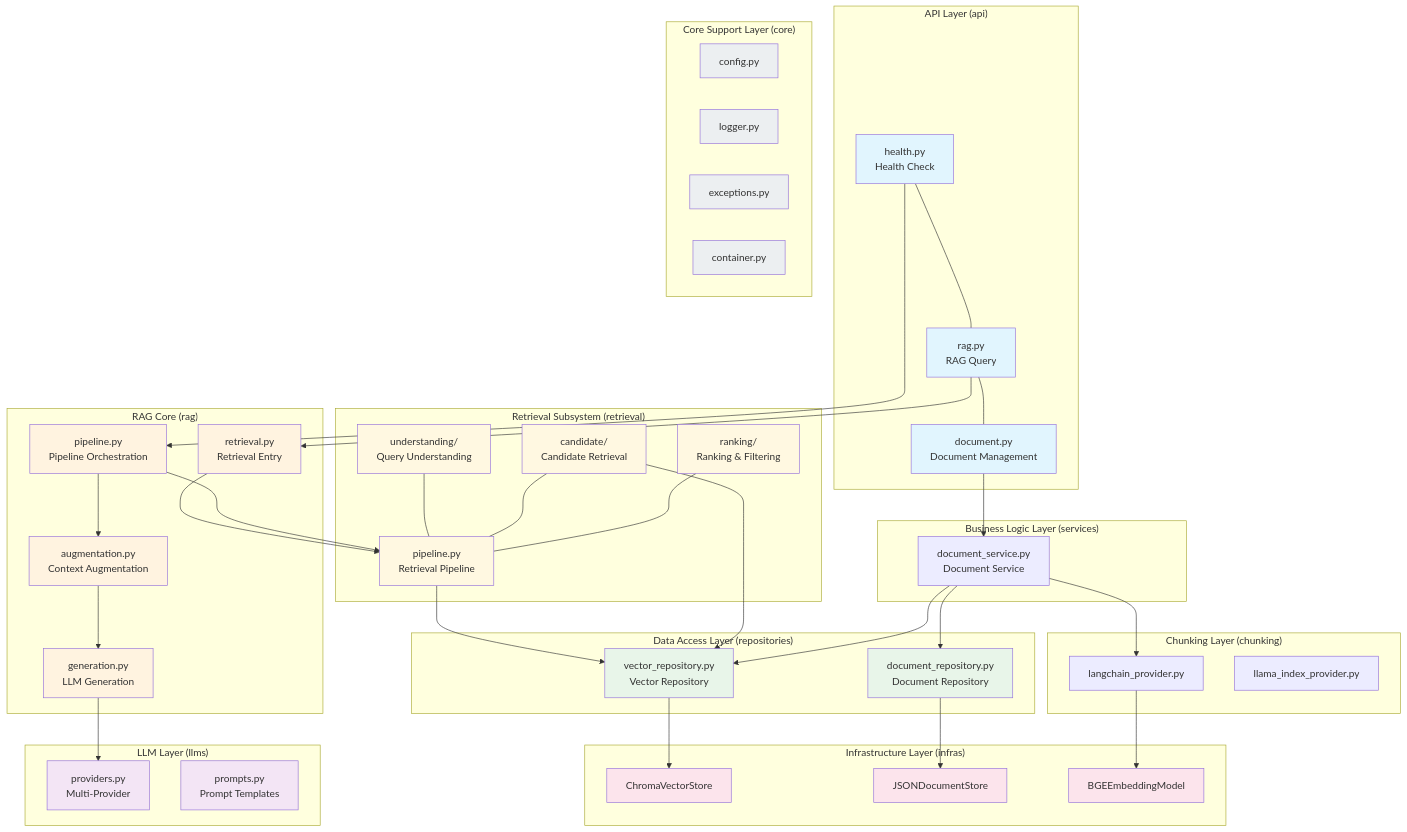
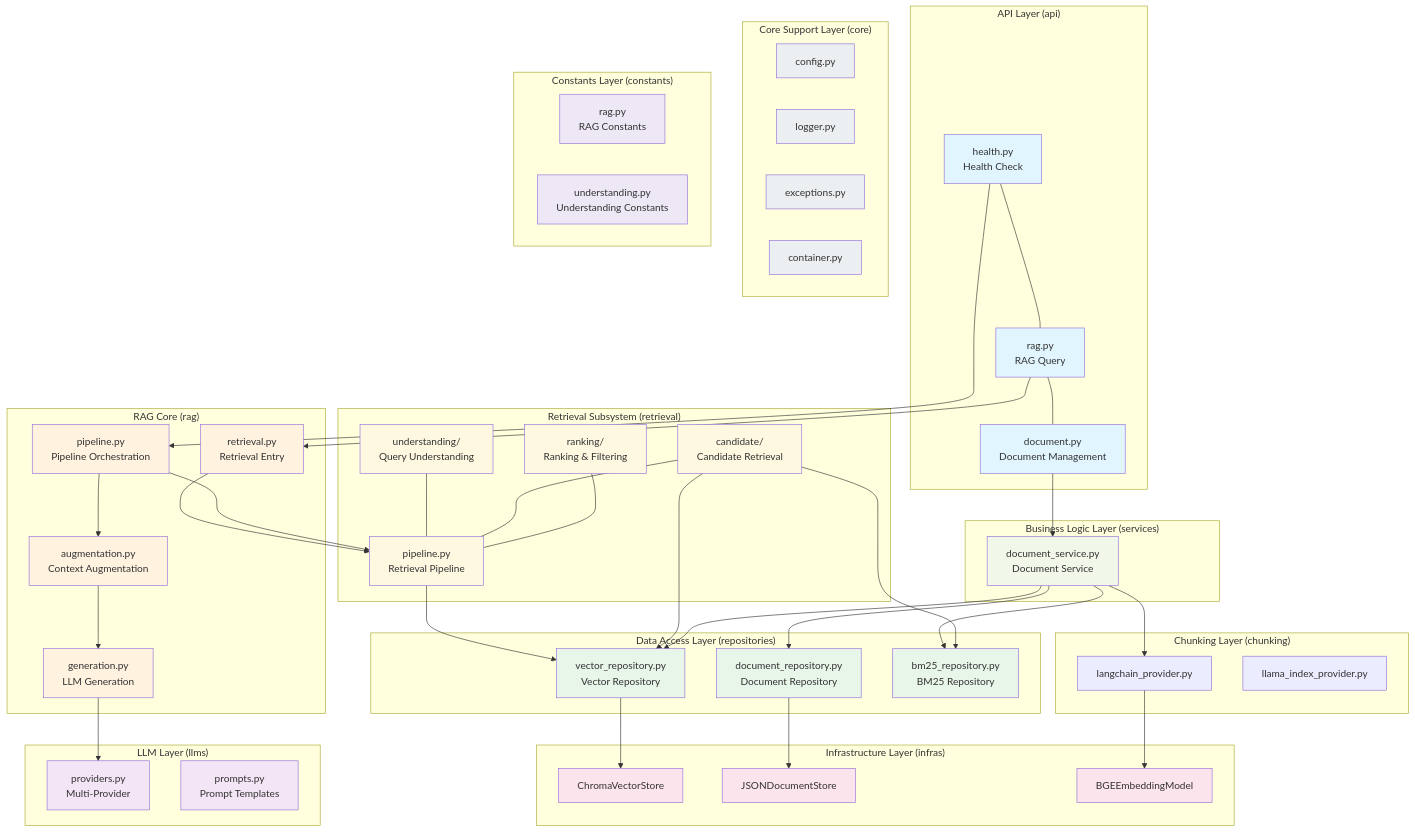
One commit to chain-engine/x-rag changed the first of 3 diagrams in README.en.md. Above: the diagram before and after it, drawn with Mermaid. The commit also changed other lines of this file and 1 other file, not shown here.

````diff
--- a/README.en.md
+++ b/README.en.md
@@ -198,6 +202,7 @@
     subgraph "Data Access Layer (repositories)"
         REP1["vector_repository.py<br/>Vector Repository"]
         REP2["document_repository.py<br/>Document Repository"]
+        REP3["bm25_repository.py<br/>BM25 Repository"]
     end
 
     subgraph "Infrastructure Layer (infras)"
@@ -223,6 +228,11 @@
         C4["container.py"]
     end
 
+    subgraph "Constants Layer (constants)"
+        CON1["rag.py<br/>RAG Constants"]
+        CON2["understanding.py<br/>Understanding Constants"]
+    end
+
     A1 --> RAG1
     A2 --> RAG2
     A3 --> SVC1
@@ -237,11 +247,13 @@
     RET3 --> REP1
     SVC1 --> REP1
     SVC1 --> REP2
+    SVC1 --> REP3
     SVC1 --> CHK1
     CHK1 --> I3
 
     REP1 --> I1
     REP2 --> I2
+    RET3 --> REP3
 
     style A1 fill:#e1f5fe
     style A2 fill:#e1f5fe
@@ -254,8 +266,10 @@
     style RET2 fill:#fff8e1
     style RET3 fill:#fff8e1
     style RET4 fill:#fff8e1
+    style SVC1 fill:#f1f8e9
     style REP1 fill:#e8f5e9
     style REP2 fill:#e8f5e9
+    style REP3 fill:#e8f5e9
     style I1 fill:#fce4ec
     style I2 fill:#fce4ec
     style I3 fill:#fce4ec
@@ -265,4 +279,6 @@
     style C2 fill:#eceff1
     style C3 fill:#eceff1
     style C4 fill:#eceff1
+    style CON1 fill:#ede7f6
+    style CON2 fill:#ede7f6
 ```
````
